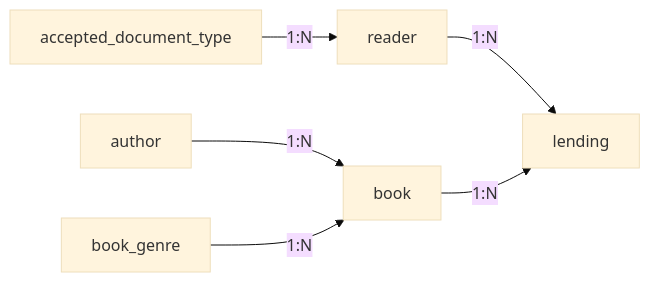
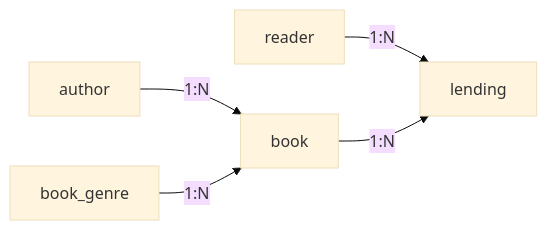
The diagram in docs/DATABASE.md (LuizaPac/LibraryManager), drawn with Mermaid (base theme) before and after one commit. The commit also changed other lines of this file, not shown here.

````diff
--- a/docs/DATABASE.md
+++ b/docs/DATABASE.md
@@ -22,18 +22,15 @@
 ```mermaid
 flowchart LR
 
     author["author"]
     book["book"]
     book_genre["book_genre"]
     reader["reader"]
-    accepted_document_type["accepted_document_type"]
     lending["lending"]
 
     author -->|"1:N"| book
     book_genre -->|"1:N"| book
 
-    accepted_document_type -->|"1:N"| reader
-
     reader -->|"1:N"| lending
     book -->|"1:N"| lending
 ```
````
